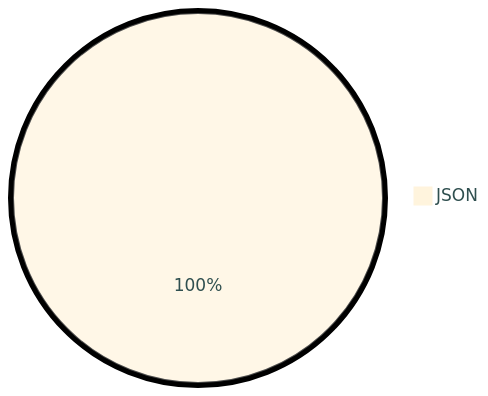
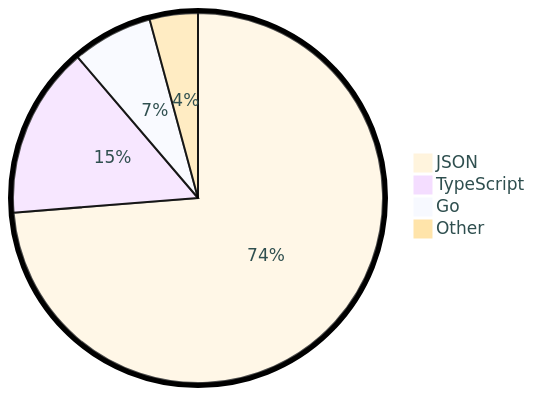
Before and after one commit to tot0p/tot0p: the diagram in README.md, drawn with Mermaid. The commit also changed other lines of this file, not shown here.

````diff
--- a/README.md
+++ b/README.md
@@ -113,5 +118,8 @@
 ```mermaid
 %%{init: {"pie": {"textPosition": 0.5}, "themeVariables": {"pieOuterStrokeWidth": "5px","primaryTextColor" : "#2F4F4F"},"theme":"base"} }%%
 pie
-	"JSON": 100.0
+	"JSON": 73.74
+	"TypeScript": 15.01
+	"Go": 7.04
+	"Other": 4.21
 ```
````
